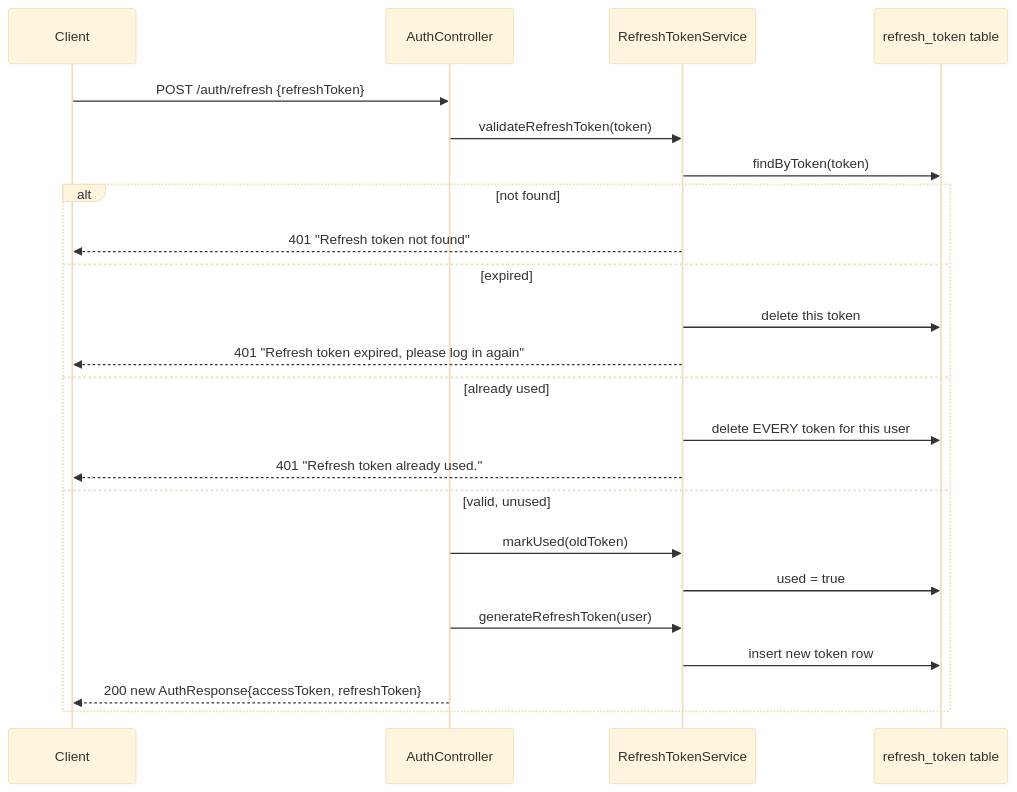
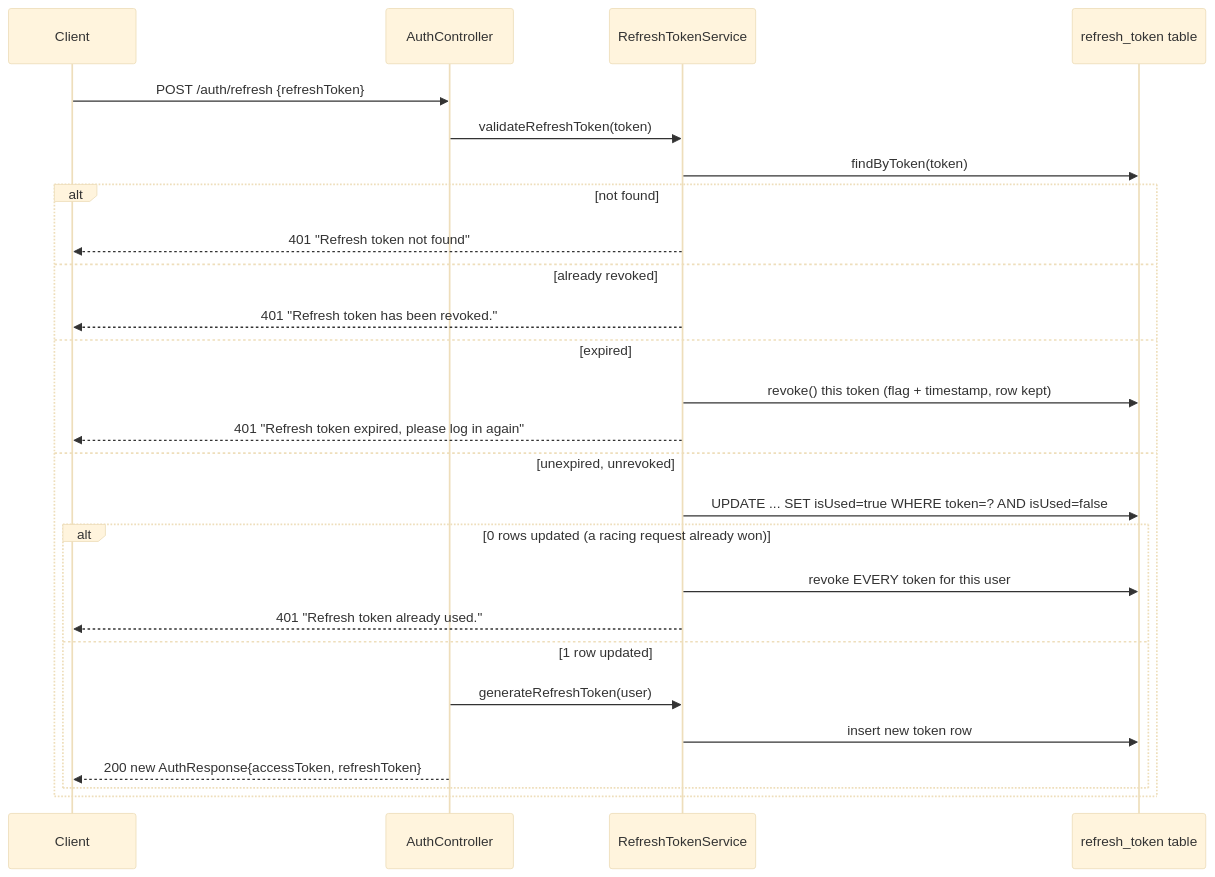
The second of 2 diagrams in docs/features/authentication-and-identity.md (prashant-singh-2001/gamified_tracker), drawn with Mermaid (base theme) before and after one commit. The commit also changed other lines of this file and 1 other file, not shown here.

````diff
--- a/docs/features/authentication-and-identity.md
+++ b/docs/features/authentication-and-identity.md
@@ -242,26 +245,29 @@
 ```mermaid
 sequenceDiagram
     participant C as Client
     participant AC as AuthController
     participant RTS as RefreshTokenService
     participant DB as refresh_token table
 
     C->>AC: POST /auth/refresh {refreshToken}
     AC->>RTS: validateRefreshToken(token)
     RTS->>DB: findByToken(token)
     alt not found
         RTS-->>C: 401 "Refresh token not found"
+    else already revoked
+        RTS-->>C: 401 "Refresh token has been revoked."
     else expired
-        RTS->>DB: delete this token
+        RTS->>DB: revoke() this token (flag + timestamp, row kept)
         RTS-->>C: 401 "Refresh token expired, please log in again"
-    else already used
-        RTS->>DB: delete EVERY token for this user
-        RTS-->>C: 401 "Refresh token already used."
-    else valid, unused
-        AC->>RTS: markUsed(oldToken)
-        RTS->>DB: used = true
-        AC->>RTS: generateRefreshToken(user)
-        RTS->>DB: insert new token row
-        AC-->>C: 200 new AuthResponse{accessToken, refreshToken}
+    else unexpired, unrevoked
+        RTS->>DB: UPDATE ... SET isUsed=true WHERE token=? AND isUsed=false
+        alt 0 rows updated (a racing request already won)
+            RTS->>DB: revoke EVERY token for this user
+            RTS-->>C: 401 "Refresh token already used."
+        else 1 row updated
+            AC->>RTS: generateRefreshToken(user)
+            RTS->>DB: insert new token row
+            AC-->>C: 200 new AuthResponse{accessToken, refreshToken}
+        end
     end
 ```
````
